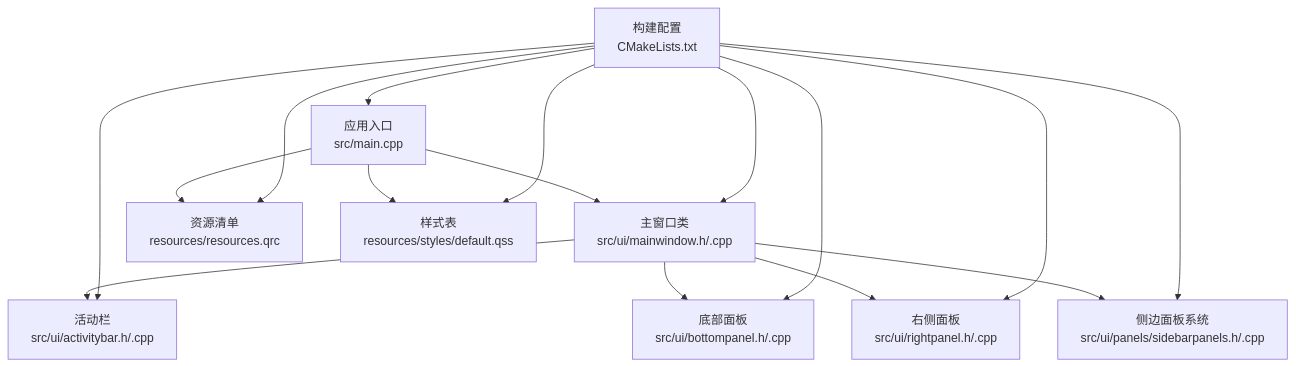
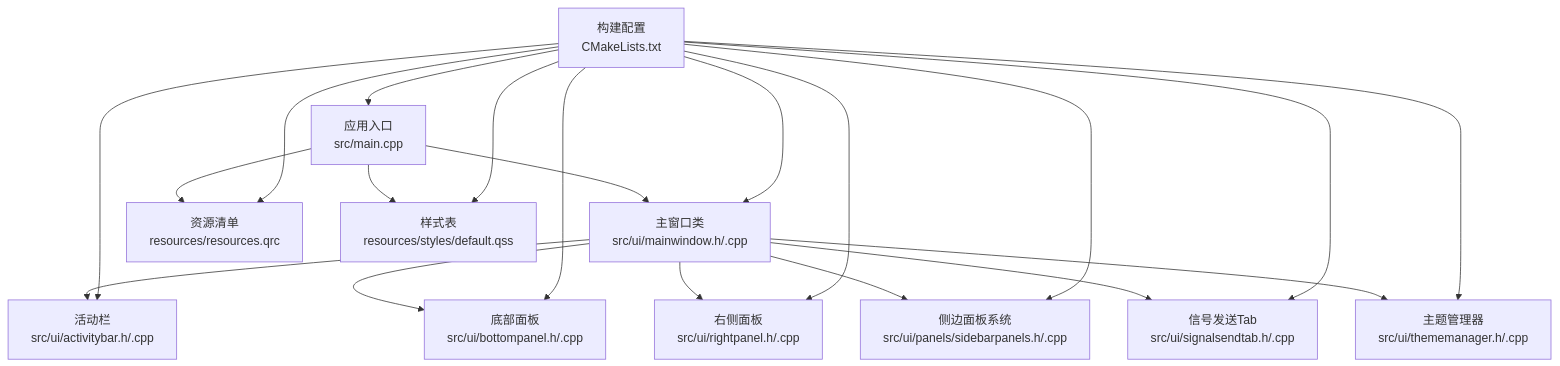
Before and after one commit to jakecai1225-design/OpenBus: the first of 4 diagrams in .qoder/repowiki/zh/content/架构设计/主窗口组件架构.md, drawn with Mermaid. The commit also changed other lines of this file and 59 other files, not shown here.

````diff
--- a/.qoder/repowiki/zh/content/架构设计/主窗口组件架构.md
+++ b/.qoder/repowiki/zh/content/架构设计/主窗口组件架构.md
@@ -53,18 +57,22 @@
 ```mermaid
 graph TB
 A["应用入口<br/>src/main.cpp"] --> B["主窗口类<br/>src/ui/mainwindow.h/.cpp"]
 B --> C["活动栏<br/>src/ui/activitybar.h/.cpp"]
 B --> D["底部面板<br/>src/ui/bottompanel.h/.cpp"]
 B --> E["右侧面板<br/>src/ui/rightpanel.h/.cpp"]
 B --> F["侧边面板系统<br/>src/ui/panels/sidebarpanels.h/.cpp"]
-A --> G["资源清单<br/>resources/resources.qrc"]
-A --> H["样式表<br/>resources/styles/default.qss"]
-I["构建配置<br/>CMakeLists.txt"] --> A
-I --> B
-I --> C
-I --> D
-I --> E
-I --> F
-I --> G
-I --> H
+B --> G["信号发送Tab<br/>src/ui/signalsendtab.h/.cpp"]
+B --> H["主题管理器<br/>src/ui/thememanager.h/.cpp"]
+A --> I["资源清单<br/>resources/resources.qrc"]
+A --> J["样式表<br/>resources/styles/default.qss"]
+K["构建配置<br/>CMakeLists.txt"] --> A
+K --> B
+K --> C
+K --> D
+K --> E
+K --> F
+K --> G
+K --> H
+K --> I
+K --> J
 ```
````
